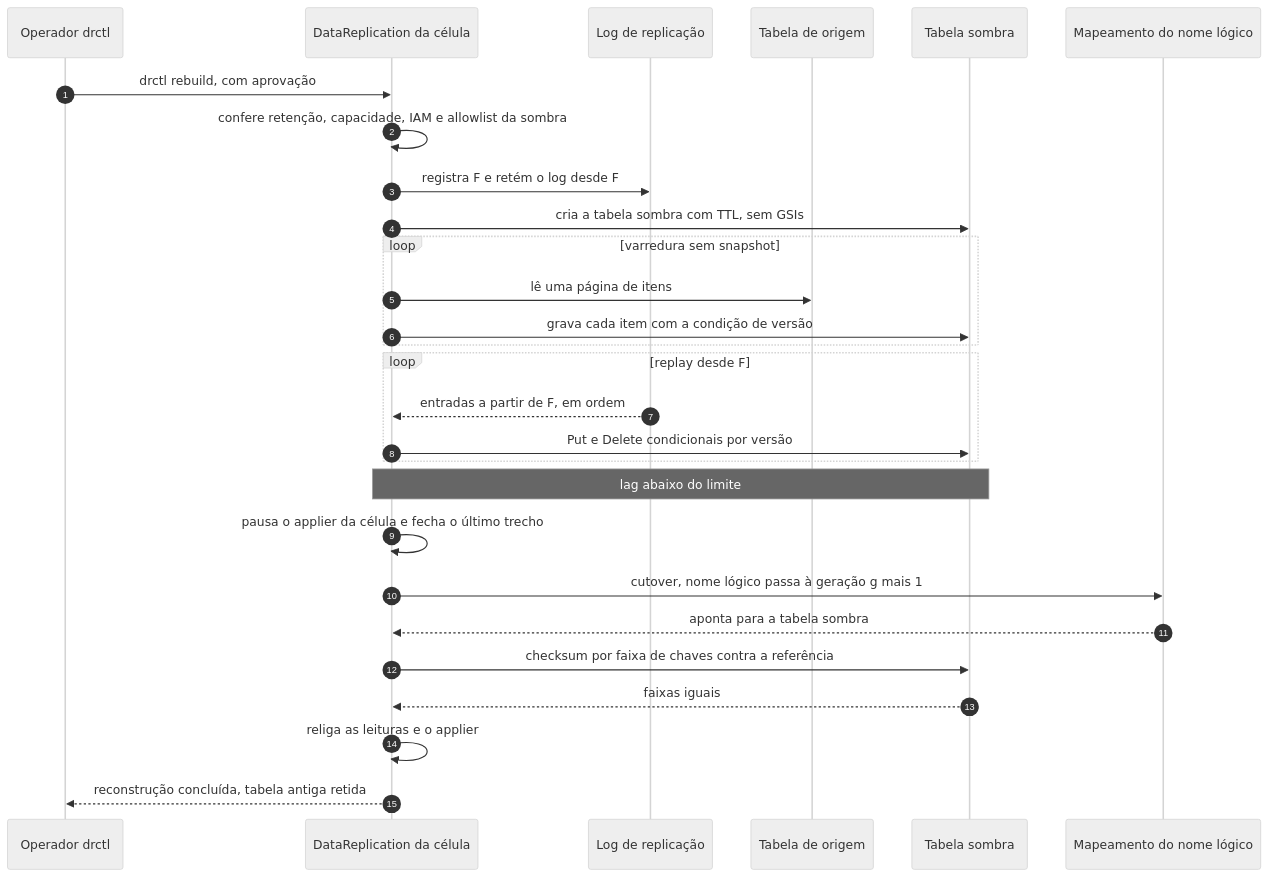
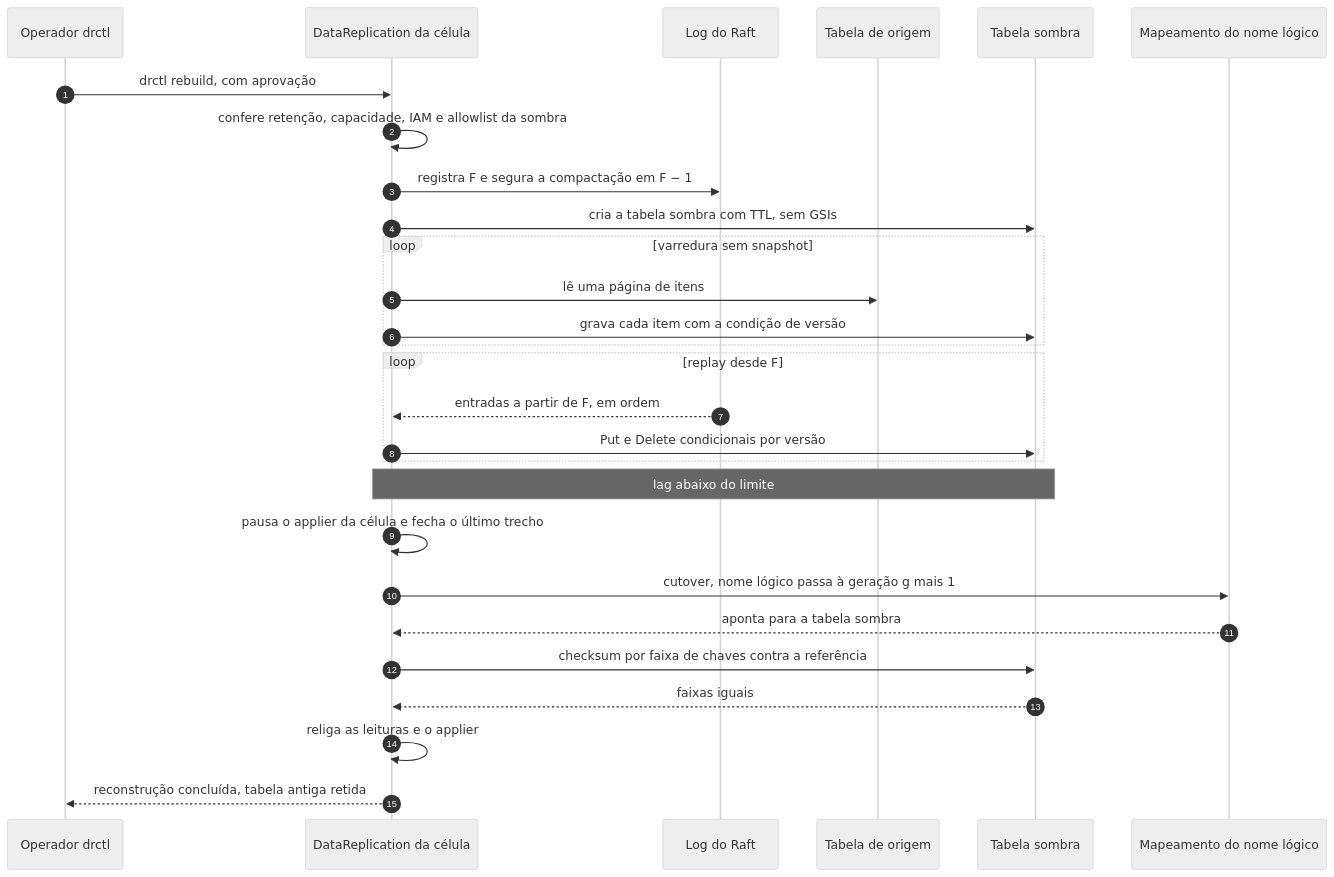
The first of 2 diagrams in doc/02_cenarios/atualizados/C33-reconstrucao-em-tabela-sombra.md (brbarmex/k), drawn with Mermaid (neutral theme) before and after one commit. The commit also changed other lines of this file and 197 other files, not shown here.

First line of the commit message:
Remove o log de replicação (replog) e todas as menções

````diff
--- a/doc/02_cenarios/atualizados/C33-reconstrucao-em-tabela-sombra.md
+++ b/doc/02_cenarios/atualizados/C33-reconstrucao-em-tabela-sombra.md
@@ -13,30 +13,30 @@
 ```mermaid
 sequenceDiagram
     autonumber
     participant OP as Operador drctl
     participant DR as DataReplication da célula
-    participant LG as Log de replicação
+    participant LG as Log do Raft
     participant OR as Tabela de origem
     participant SH as Tabela sombra
     participant MP as Mapeamento do nome lógico
     OP->>DR: drctl rebuild, com aprovação
     DR->>DR: confere retenção, capacidade, IAM e allowlist da sombra
-    DR->>LG: registra F e retém o log desde F
+    DR->>LG: registra F e segura a compactação em F − 1
     DR->>SH: cria a tabela sombra com TTL, sem GSIs
     loop varredura sem snapshot
         DR->>OR: lê uma página de itens
         DR->>SH: grava cada item com a condição de versão
     end
     loop replay desde F
         LG-->>DR: entradas a partir de F, em ordem
         DR->>SH: Put e Delete condicionais por versão
     end
     Note over DR,SH: lag abaixo do limite
     DR->>DR: pausa o applier da célula e fecha o último trecho
     DR->>MP: cutover, nome lógico passa à geração g mais 1
     MP-->>DR: aponta para a tabela sombra
     DR->>SH: checksum por faixa de chaves contra a referência
     SH-->>DR: faixas iguais
     DR->>DR: religa as leituras e o applier
     DR-->>OP: reconstrução concluída, tabela antiga retida
 ```
````
